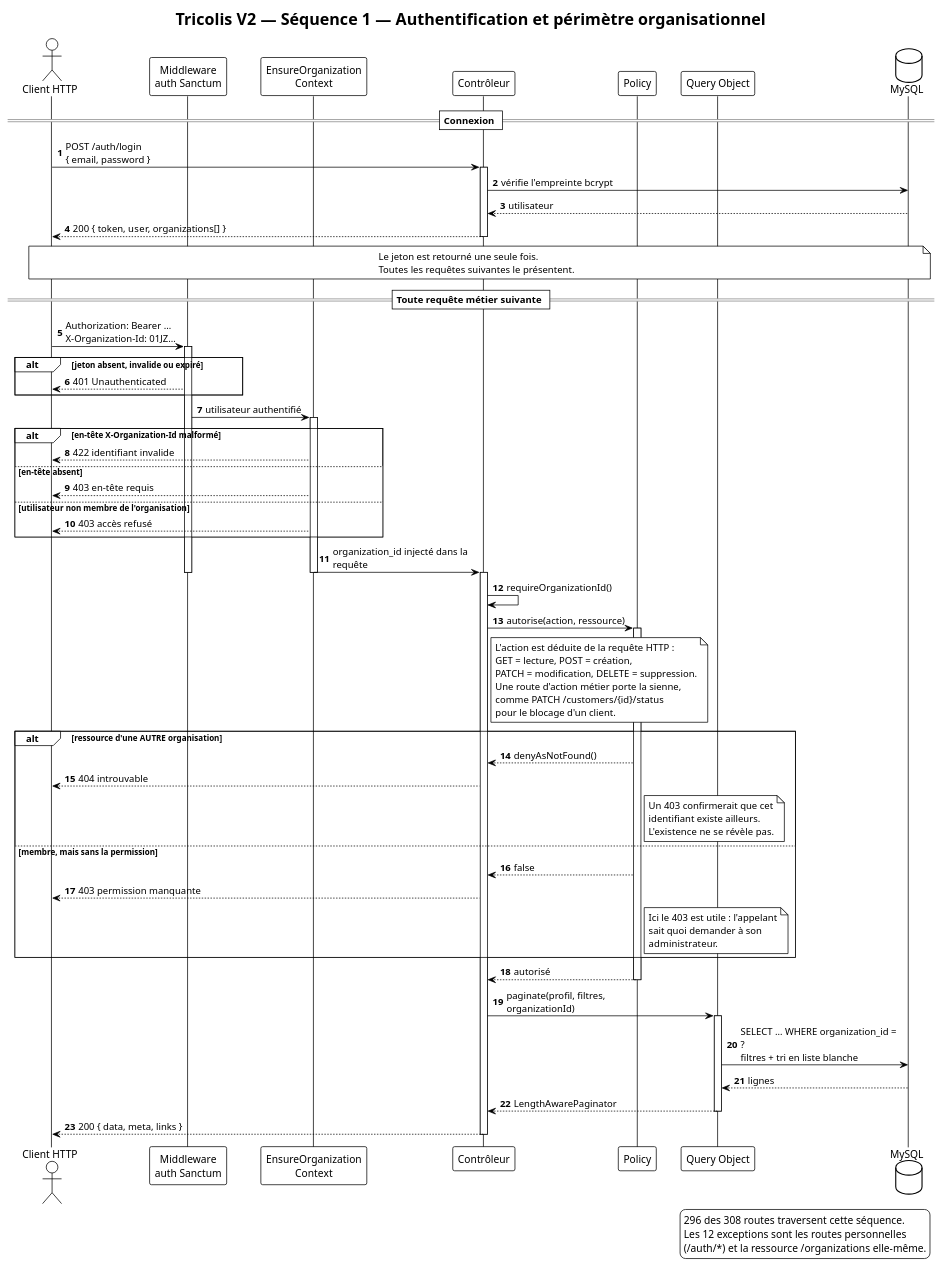
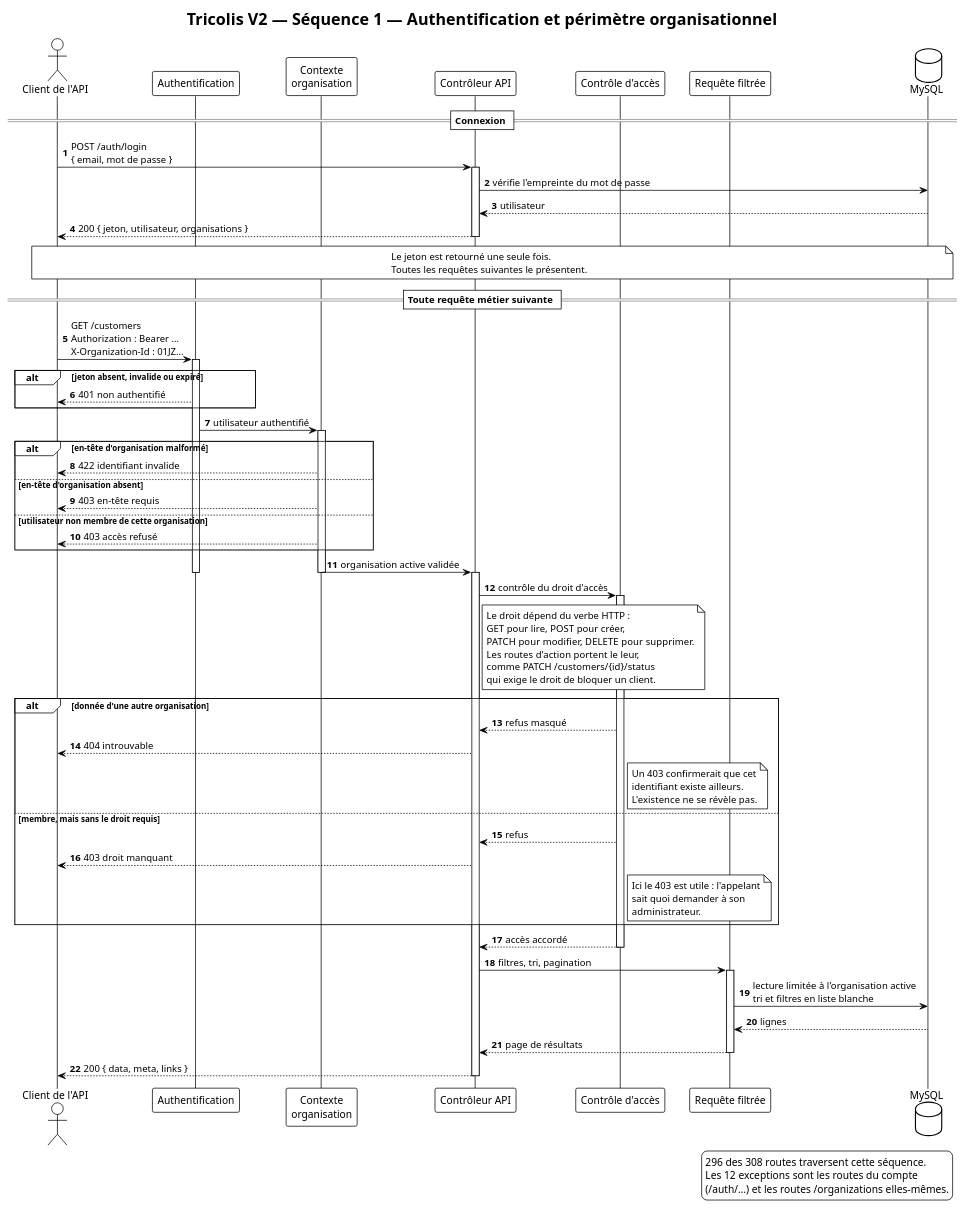
One commit to bouaichiDev/TricolisWeb changed the diagram in Conception/diagramme/sequence-1-authentification-perimetre.puml. Above: the diagram before and after it, drawn with PlantUML. The commit also changed 1 other file, not shown here.

First paragraph of the commit message:
docs: sequence 1 — un seul vocabulaire, celui de l'API
Le diagramme melangeait deux niveaux : le haut parlait HTTP
(POST /auth/login, 401, 404) et le bas parlait Laravel
(denyAsNotFound, LengthAwarePaginator, paginate, « ressource »).
Un lecteur de l'API ne reconnait pas la seconde moitie.

```diff
--- a/Conception/diagramme/sequence-1-authentification-perimetre.puml
+++ b/Conception/diagramme/sequence-1-authentification-perimetre.puml
@@ -1,111 +1,110 @@
 @startuml
 !theme plain
 skinparam shadowing false
 skinparam sequenceMessageAlign left
 skinparam responseMessageBelowArrow true
-skinparam maxMessageSize 220
+skinparam maxMessageSize 260
 skinparam ParticipantPadding 12
 skinparam BoxPadding 12
 
 title Tricolis V2 — Séquence 1 — Authentification et périmètre organisationnel
 
-actor "Client HTTP" as U
-participant "Middleware\nauth Sanctum" as S
-participant "EnsureOrganization\nContext" as M
-participant "Contrôleur" as C
-participant "Policy" as P
-participant "Query Object" as Q
+actor "Client de l'API" as U
+participant "Authentification" as S
+participant "Contexte\norganisation" as M
+participant "Contrôleur API" as C
+participant "Contrôle d'accès" as P
+participant "Requête filtrée" as Q
 database "MySQL" as DB
 
 autonumber
 
 == Connexion ==
 
-U -> C : POST /auth/login\n{ email, password }
+U -> C : POST /auth/login\n{ email, mot de passe }
 activate C
-C -> DB : vérifie l'empreinte bcrypt
+C -> DB : vérifie l'empreinte du mot de passe
 DB --> C : utilisateur
-C --> U : 200 { token, user, organizations[] }
+C --> U : 200 { jeton, utilisateur, organisations }
 deactivate C
 
 note over U, DB
   Le jeton est retourné une seule fois.
   Toutes les requêtes suivantes le présentent.
 end note
 
 == Toute requête métier suivante ==
 
-U -> S : Authorization: Bearer …\nX-Organization-Id: 01JZ…
+U -> S : GET /customers\nAuthorization : Bearer …\nX-Organization-Id : 01JZ…
 activate S
 
 alt jeton absent, invalide ou expiré
-  S --> U : 401 Unauthenticated
+  S --> U : 401 non authentifié
 end
 
 S -> M : utilisateur authentifié
 activate M
 
-alt en-tête X-Organization-Id malformé
+alt en-tête d'organisation malformé
   M --> U : 422 identifiant invalide
-else en-tête absent
+else en-tête d'organisation absent
   M --> U : 403 en-tête requis
-else utilisateur non membre de l'organisation
+else utilisateur non membre de cette organisation
   M --> U : 403 accès refusé
 end
 
-M -> C : organization_id injecté dans la requête
+M -> C : organisation active validée
 deactivate M
 deactivate S
 activate C
 
-C -> C : requireOrganizationId()
-C -> P : autorise(action, ressource)
+C -> P : contrôle du droit d'accès
 activate P
 
 note right of C
-  L'action est déduite de la requête HTTP :
-  GET = lecture, POST = création,
-  PATCH = modification, DELETE = suppression.
-  Une route d'action métier porte la sienne,
+  Le droit dépend du verbe HTTP :
+  GET pour lire, POST pour créer,
+  PATCH pour modifier, DELETE pour supprimer.
+  Les routes d'action portent le leur,
   comme PATCH /customers/{id}/status
-  pour le blocage d'un client.
+  qui exige le droit de bloquer un client.
 end note
 
-alt ressource d'une AUTRE organisation
-  P --> C : denyAsNotFound()
+alt donnée d'une autre organisation
+  P --> C : refus masqué
   C --> U : 404 introuvable
   note right of P
     Un 403 confirmerait que cet
     identifiant existe ailleurs.
     L'existence ne se révèle pas.
   end note
-else membre, mais sans la permission
-  P --> C : false
-  C --> U : 403 permission manquante
+else membre, mais sans le droit requis
+  P --> C : refus
+  C --> U : 403 droit manquant
   note right of P
     Ici le 403 est utile : l'appelant
     sait quoi demander à son
     administrateur.
   end note
 end
 
-P --> C : autorisé
+P --> C : accès accordé
 deactivate P
 
-C -> Q : paginate(profil, filtres, organizationId)
+C -> Q : filtres, tri, pagination
 activate Q
-Q -> DB : SELECT … WHERE organization_id = ?\nfiltres + tri en liste blanche
+Q -> DB : lecture limitée à l'organisation active\ntri et filtres en liste blanche
 DB --> Q : lignes
-Q --> C : LengthAwarePaginator
+Q --> C : page de résultats
 deactivate Q
 
 C --> U : 200 { data, meta, links }
 deactivate C
 
 legend right
   296 des 308 routes traversent cette séquence.
-  Les 12 exceptions sont les routes personnelles
-  (/auth/*) et la ressource /organizations elle-même.
+  Les 12 exceptions sont les routes du compte
+  (/auth/…) et les routes /organizations elles-mêmes.
 end legend
 
 @enduml
```
